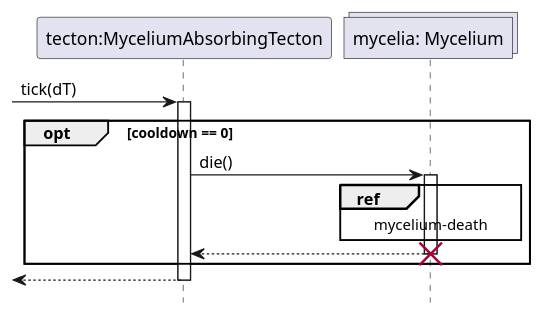
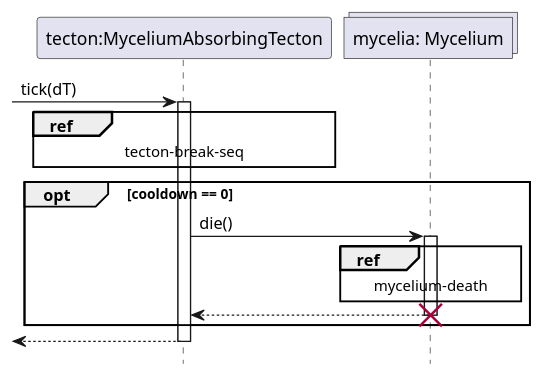
One commit to ZD4ve/projlab-error521 changed the diagram in Tecton/absorb-mycelium.pu. Above: the diagram before and after it, drawn with PlantUML. The commit also changed 2 other files, not shown here.

```diff
--- a/Tecton/absorb-mycelium.pu
+++ b/Tecton/absorb-mycelium.pu
@@ -1,22 +1,26 @@
 @startuml Tecton/absorb-mycelium
 hide footbox
 
 participant "tecton:MyceliumAbsorbingTecton" as tecton
 collections "mycelia: Mycelium" as mycelia
 
+
 -> tecton : tick(dT)
 activate tecton
+ref over tecton
+    tecton-break-seq
+end ref
 opt cooldown == 0
     tecton -> mycelia : die()
     activate mycelia
 
     ref over mycelia
         mycelium-death
     end ref
 
     return
     destroy mycelia
 end
 return
 
 @enduml
```
